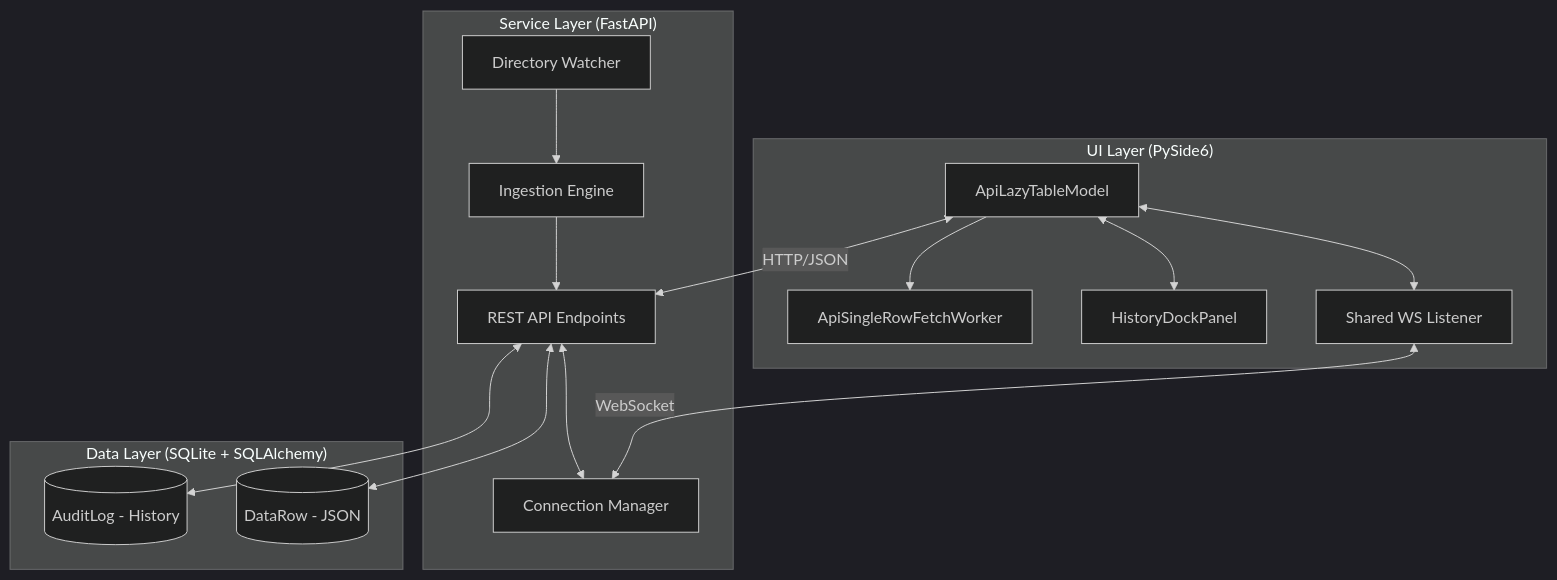
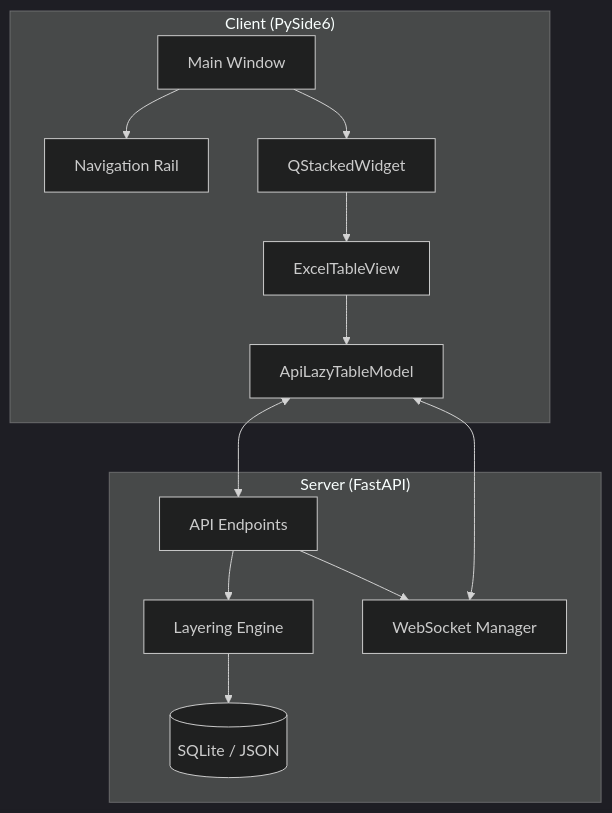
The diagram in docs/ARCHITECTURE_ANALYSIS.md (tiger4432/tableManager), drawn with Mermaid (dark theme) before and after one commit. The commit also changed other lines of this file and 4 other files, not shown here.

````diff
--- a/docs/ARCHITECTURE_ANALYSIS.md
+++ b/docs/ARCHITECTURE_ANALYSIS.md
@@ -9,24 +11,18 @@
 ```mermaid
 graph TD
-    subgraph "UI Layer (PySide6)"
-        A[ApiLazyTableModel] <--> B[Shared WS Listener]
-        A <--> C[HistoryDockPanel]
-        A --> D[ApiSingleRowFetchWorker]
+    subgraph "Client (PySide6)"
+        UI[Main Window] --> Nav[Navigation Rail]
+        UI --> Stack[QStackedWidget]
+        Stack --> Table[ExcelTableView]
+        Table --> Model[ApiLazyTableModel]
     end
 
-    subgraph "Service Layer (FastAPI)"
-        E[REST API Endpoints] <--> F[Connection Manager]
-        G[Ingestion Engine] --> E
-        H[Directory Watcher] --> G
+    subgraph "Server (FastAPI)"
+        API[API Endpoints] --> CRUD[Layering Engine]
+        CRUD --> DB[(SQLite / JSON)]
+        API --> WS[WebSocket Manager]
     end
 
-    subgraph "Data Layer (SQLite + SQLAlchemy)"
-        I[(DataRow - JSON)]
-        J[(AuditLog - History)]
-    end
-
-    B <-- WebSocket --> F
-    A <-- HTTP/JSON --> E
-    E <--> I
-    E <--> J
+    Model <--> API
+    Model <--> WS
 ```
````
